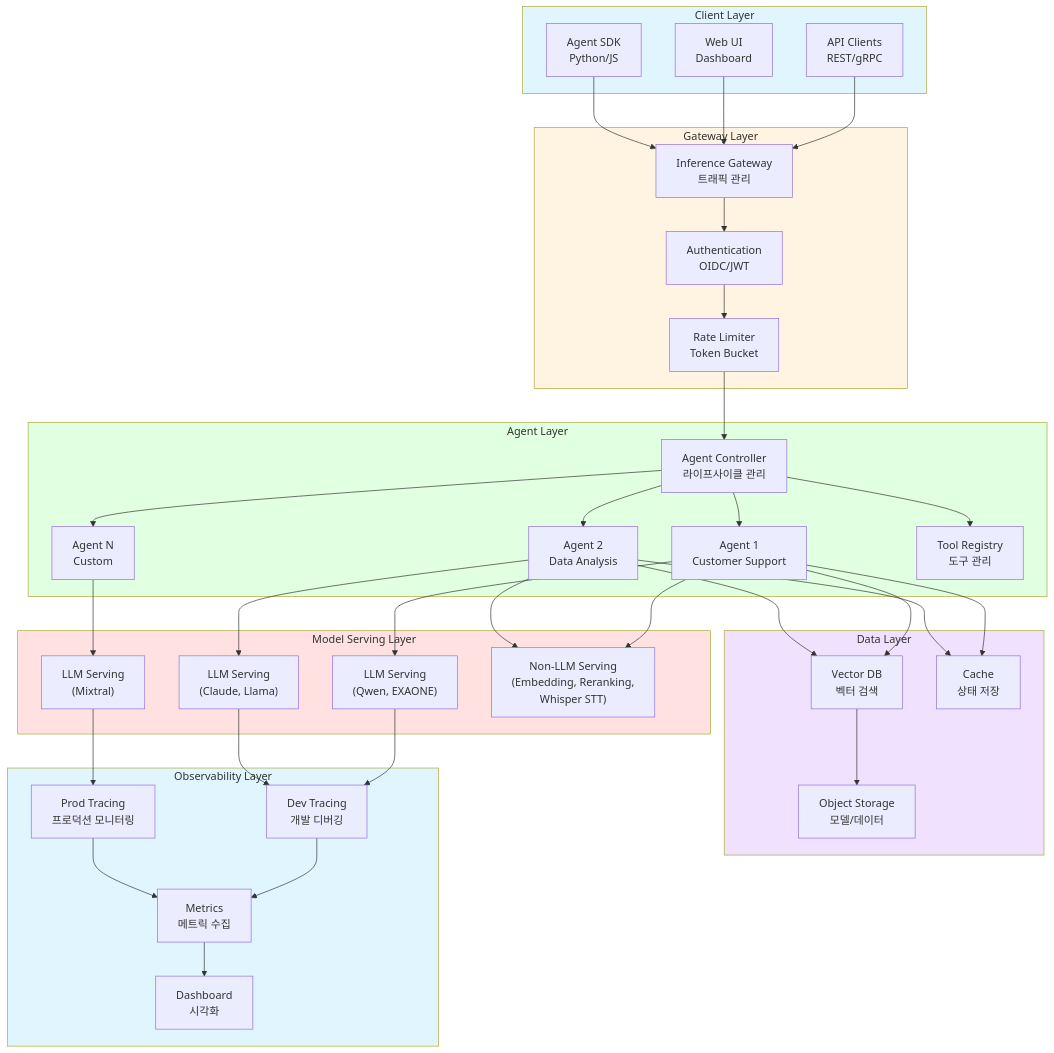
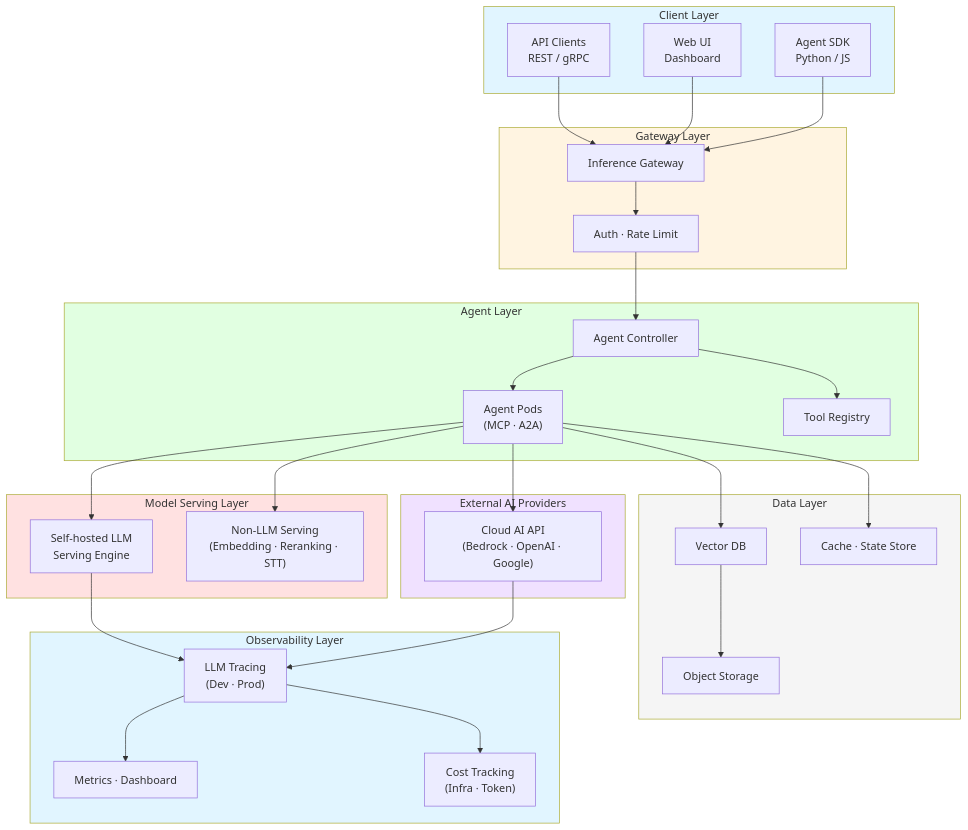
Before and after one commit to devfloor9/engineering-playbook: the first of 5 diagrams in docs/agentic-ai-platform/design-architecture/agentic-platform-architecture.md, drawn with Mermaid. The commit also changed other lines of this file, not shown here.

````diff
--- a/docs/agentic-ai-platform/design-architecture/agentic-platform-architecture.md
+++ b/docs/agentic-ai-platform/design-architecture/agentic-platform-architecture.md
@@ -49,76 +33,63 @@
 ```mermaid
 flowchart TD
     subgraph ClientLayer["Client Layer"]
-        CLIENT["API Clients<br/>REST/gRPC"]
+        CLIENT["API Clients<br/>REST / gRPC"]
         UI["Web UI<br/>Dashboard"]
-        SDK["Agent SDK<br/>Python/JS"]
+        SDK["Agent SDK<br/>Python / JS"]
     end
 
     subgraph GatewayLayer["Gateway Layer"]
-        IGW["Inference Gateway<br/>트래픽 관리"]
-        AUTH["Authentication<br/>OIDC/JWT"]
-        RATE["Rate Limiter<br/>Token Bucket"]
+        IGW["Inference Gateway"]
+        AUTH["Auth · Rate Limit"]
     end
 
     subgraph AgentLayer["Agent Layer"]
-        CTRL["Agent Controller<br/>라이프사이클 관리"]
-        AGENT1["Agent 1<br/>Customer Support"]
-        AGENT2["Agent 2<br/>Data Analysis"]
-        AGENTN["Agent N<br/>Custom"]
-        TOOLS["Tool Registry<br/>도구 관리"]
+        CTRL["Agent Controller"]
+        AGENT["Agent Pods<br/>(MCP · A2A)"]
+        TOOLS["Tool Registry"]
     end
 
     subgraph ModelLayer["Model Serving Layer"]
-        LLM1["LLM Serving<br/>(Qwen, EXAONE)"]
-        LLM2["LLM Serving<br/>(Claude, Llama)"]
-        LLM3["LLM Serving<br/>(Mixtral)"]
-        NONLLM["Non-LLM Serving<br/>(Embedding, Reranking,<br/>Whisper STT)"]
+        SELF_LLM["Self-hosted LLM<br/>Serving Engine"]
+        NONLLM["Non-LLM Serving<br/>(Embedding · Reranking · STT)"]
+    end
+
+    subgraph ExternalAI["External AI Providers"]
+        PROVIDER1["Cloud AI API<br/>(Bedrock · OpenAI · Google)"]
     end
 
     subgraph DataLayer["Data Layer"]
-        VECTOR["Vector DB<br/>벡터 검색"]
-        CACHE["Cache<br/>상태 저장"]
-        STORAGE["Object Storage<br/>모델/데이터"]
+        VECTOR["Vector DB"]
+        CACHE["Cache · State Store"]
+        STORAGE["Object Storage"]
     end
 
     subgraph ObsLayer["Observability Layer"]
-        DEV_TRACE["Dev Tracing<br/>개발 디버깅"]
-        PROD_TRACE["Prod Tracing<br/>프로덕션 모니터링"]
-        METRICS["Metrics<br/>메트릭 수집"]
-        DASHBOARD["Dashboard<br/>시각화"]
+        TRACE["LLM Tracing<br/>(Dev · Prod)"]
+        METRICS["Metrics · Dashboard"]
+        COST["Cost Tracking<br/>(Infra · Token)"]
     end
 
-    CLIENT --> IGW
-    UI --> IGW
-    SDK --> IGW
-    IGW --> AUTH
-    AUTH --> RATE
-    RATE --> CTRL
-    CTRL --> AGENT1
-    CTRL --> AGENT2
-    CTRL --> AGENTN
+    CLIENT & UI & SDK --> IGW
+    IGW --> AUTH --> CTRL
+    CTRL --> AGENT
     CTRL --> TOOLS
-    AGENT1 --> LLM1
-    AGENT2 --> LLM2
-    AGENTN --> LLM3
-    AGENT1 --> VECTOR
-    AGENT2 --> VECTOR
-    AGENT1 --> NONLLM
-    AGENT2 --> NONLLM
-    AGENT1 --> CACHE
-    AGENT2 --> CACHE
+    AGENT --> SELF_LLM
+    AGENT --> NONLLM
+    AGENT --> PROVIDER1
+    AGENT --> VECTOR
+    AGENT --> CACHE
     VECTOR --> STORAGE
-    LLM1 --> DEV_TRACE
-    LLM2 --> DEV_TRACE
-    LLM3 --> PROD_TRACE
-    DEV_TRACE --> METRICS
-    PROD_TRACE --> METRICS
-    METRICS --> DASHBOARD
+    SELF_LLM --> TRACE
+    PROVIDER1 --> TRACE
+    TRACE --> METRICS
+    TRACE --> COST
 
     style ClientLayer fill:#e1f5ff
     style GatewayLayer fill:#fff4e1
     style AgentLayer fill:#e1ffe1
     style ModelLayer fill:#ffe1e1
-    style DataLayer fill:#f0e1ff
+    style ExternalAI fill:#f0e1ff
+    style DataLayer fill:#f5f5f5
     style ObsLayer fill:#e1f5ff
 ```
````
